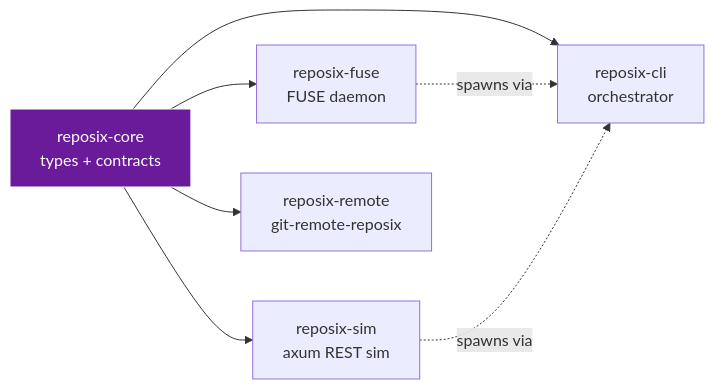
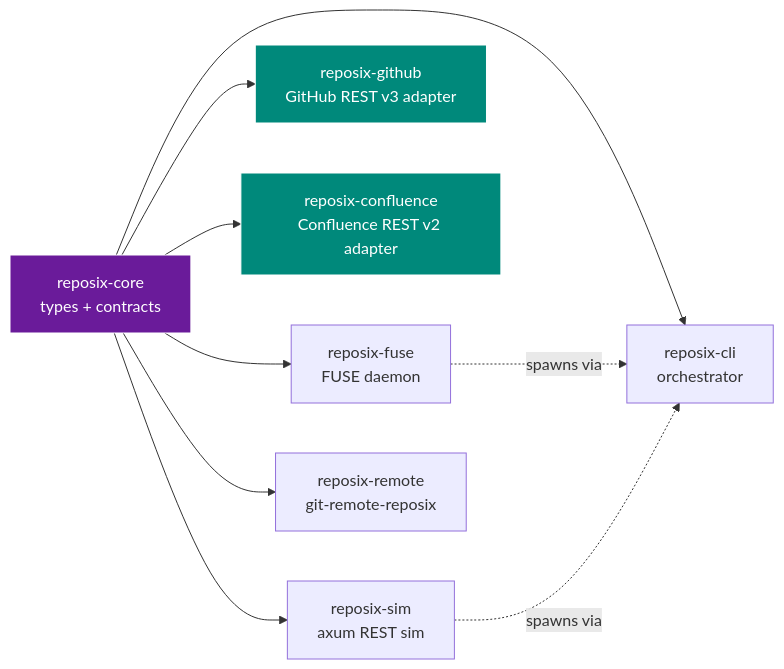
One commit to reubenjohn/reposix changed the second of 7 diagrams in docs/architecture.md. Above: the diagram before and after it, drawn with Mermaid. The commit also changed other lines of this file and 3 other files, not shown here.

First line of the commit message:
docs(11-E-3): update README, CHANGELOG, architecture, .env.example for Phase 11

````diff
--- a/docs/architecture.md
+++ b/docs/architecture.md
@@ -49,15 +49,21 @@
 ```mermaid
 flowchart LR
   CORE["reposix-core<br/>types + contracts"]
   SIM["reposix-sim<br/>axum REST sim"]
+  GH["reposix-github<br/>GitHub REST v3 adapter"]
+  CONF["reposix-confluence<br/>Confluence REST v2 adapter"]
   FUSE["reposix-fuse<br/>FUSE daemon"]
   REM["reposix-remote<br/>git-remote-reposix"]
   CLI["reposix-cli<br/>orchestrator"]
   CORE --> SIM
+  CORE --> GH
+  CORE --> CONF
   CORE --> FUSE
   CORE --> REM
   CORE --> CLI
   FUSE -.spawns via.-> CLI
   SIM -.spawns via.-> CLI
   style CORE fill:#6a1b9a,stroke:#fff,color:#fff
+  style GH fill:#00897b,stroke:#fff,color:#fff
+  style CONF fill:#00897b,stroke:#fff,color:#fff
 ```
````
